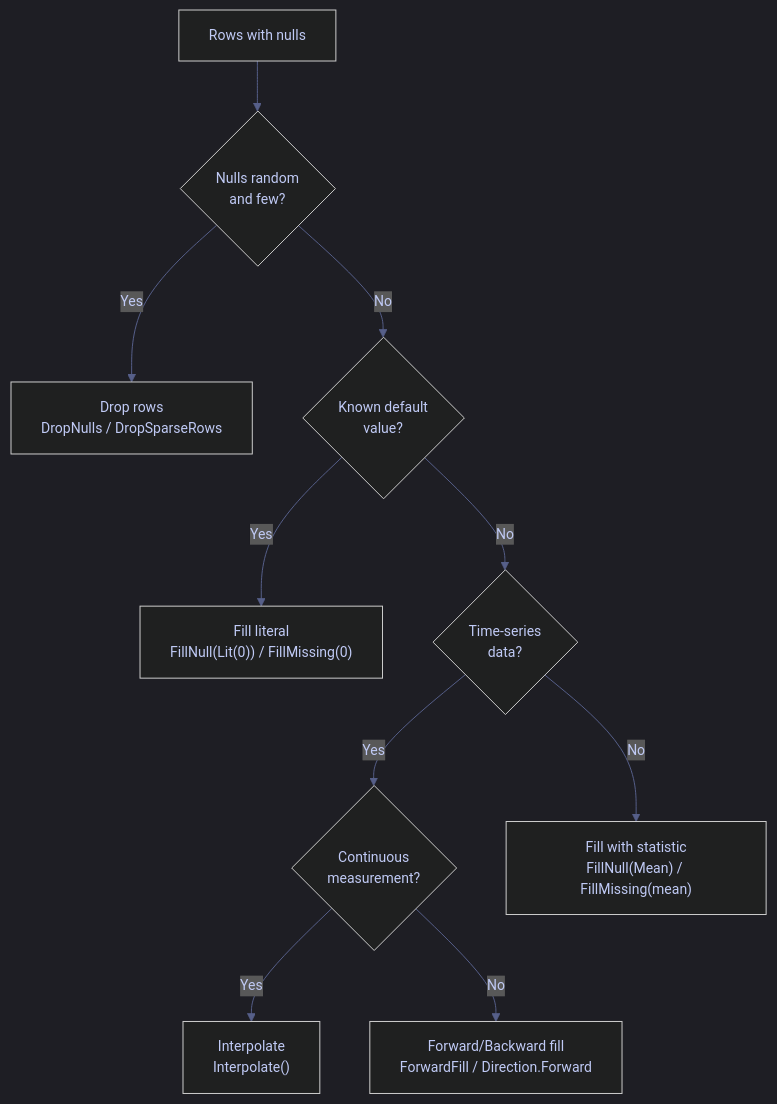
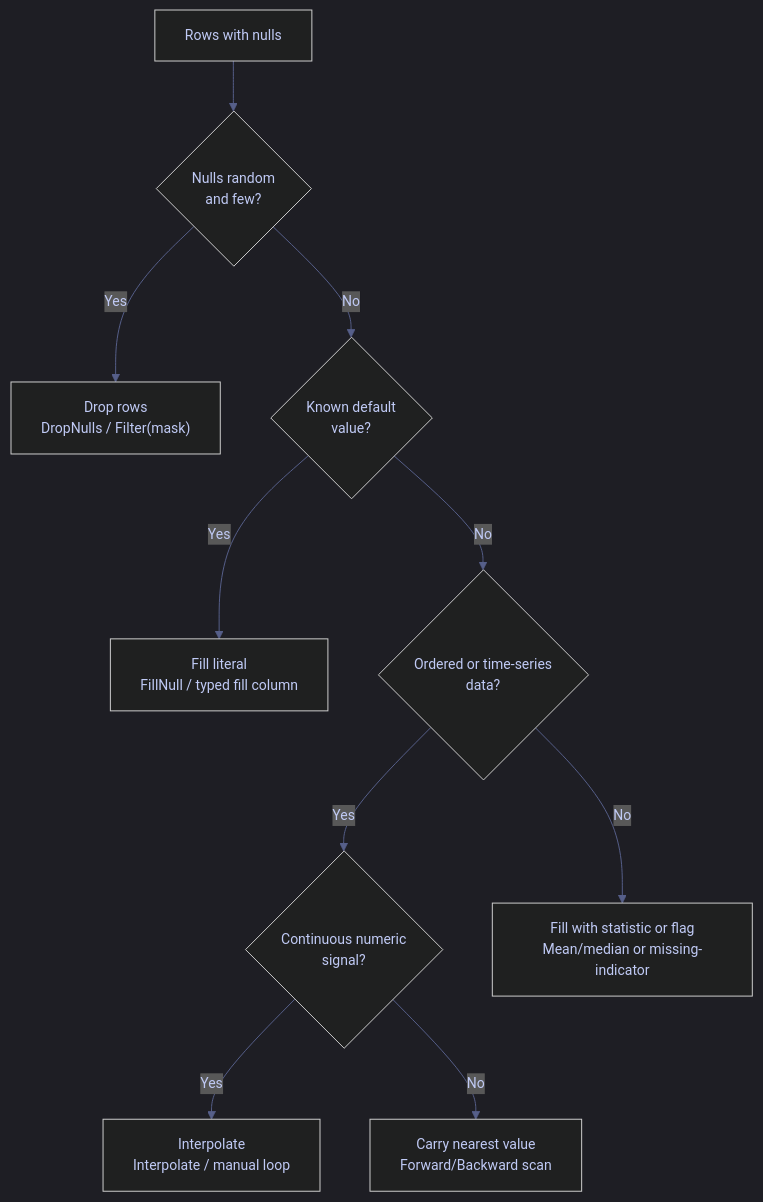
One commit to alp78/elysium changed the diagram in content/03-Dataframes/Dataframes-CSharp/04_cs_missing_strings_datetime.md. Above: the diagram before and after it, drawn with Mermaid. The commit also changed other lines of this file and 2 other files, not shown here.

````diff
--- a/content/03-Dataframes/Dataframes-CSharp/04_cs_missing_strings_datetime.md
+++ b/content/03-Dataframes/Dataframes-CSharp/04_cs_missing_strings_datetime.md
@@ -135,24 +140,24 @@
 ```mermaid
 %%{init: {'theme': 'dark', 'themeVariables': {
   'primaryColor': '#292e42',
   'primaryTextColor': '#c0caf5',
   'primaryBorderColor': '#565f89',
   'lineColor': '#565f89',
   'secondaryColor': '#1a1b26',
   'tertiaryColor': '#24283b',
   'noteTextColor': '#c0caf5',
   'noteBkgColor': '#292e42',
   'textColor': '#c0caf5',
   'fontSize': '14px'
 }}}%%
 flowchart TD
     A["Rows with nulls"] --> B{"Nulls random<br/>and few?"}
-    B -- Yes --> C["Drop rows<br/>DropNulls / DropSparseRows"]
+    B -- Yes --> C["Drop rows<br/>DropNulls / Filter(mask)"]
     B -- No --> D{"Known default<br/>value?"}
-    D -- Yes --> E["Fill literal<br/>FillNull(Lit(0)) / FillMissing(0)"]
-    D -- No --> F{"Time-series<br/>data?"}
-    F -- Yes --> G{"Continuous<br/>measurement?"}
-    G -- Yes --> H["Interpolate<br/>Interpolate()"]
-    G -- No --> I["Forward/Backward fill<br/>ForwardFill / Direction.Forward"]
-    F -- No --> J["Fill with statistic<br/>FillNull(Mean) / FillMissing(mean)"]
+    D -- Yes --> E["Fill literal<br/>FillNull / typed fill column"]
+    D -- No --> F{"Ordered or time-series<br/>data?"}
+    F -- Yes --> G{"Continuous numeric<br/>signal?"}
+    G -- Yes --> H["Interpolate<br/>Interpolate / manual loop"]
+    G -- No --> I["Carry nearest value<br/>Forward/Backward scan"]
+    F -- No --> J["Fill with statistic or flag<br/>Mean/median or missing-indicator"]
 ```
````
